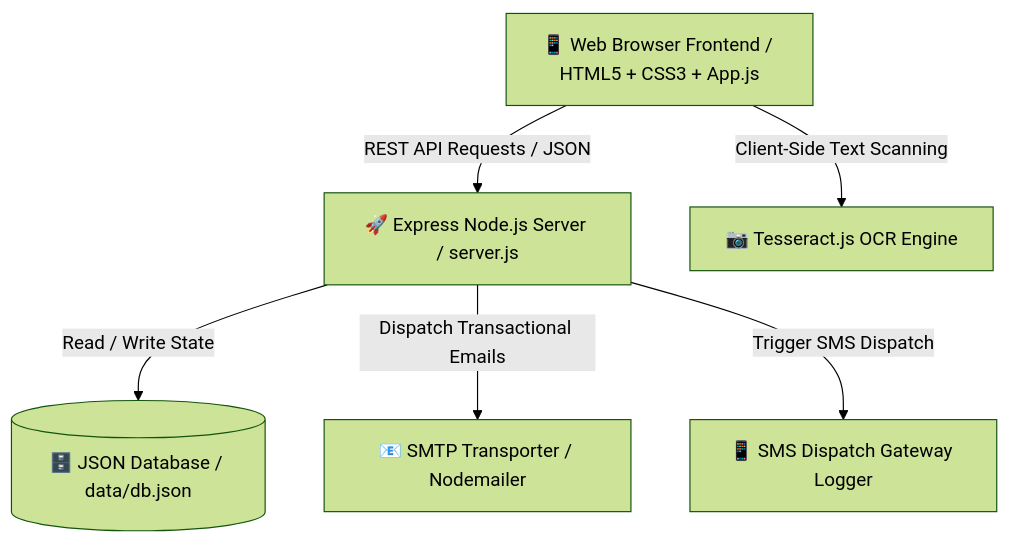
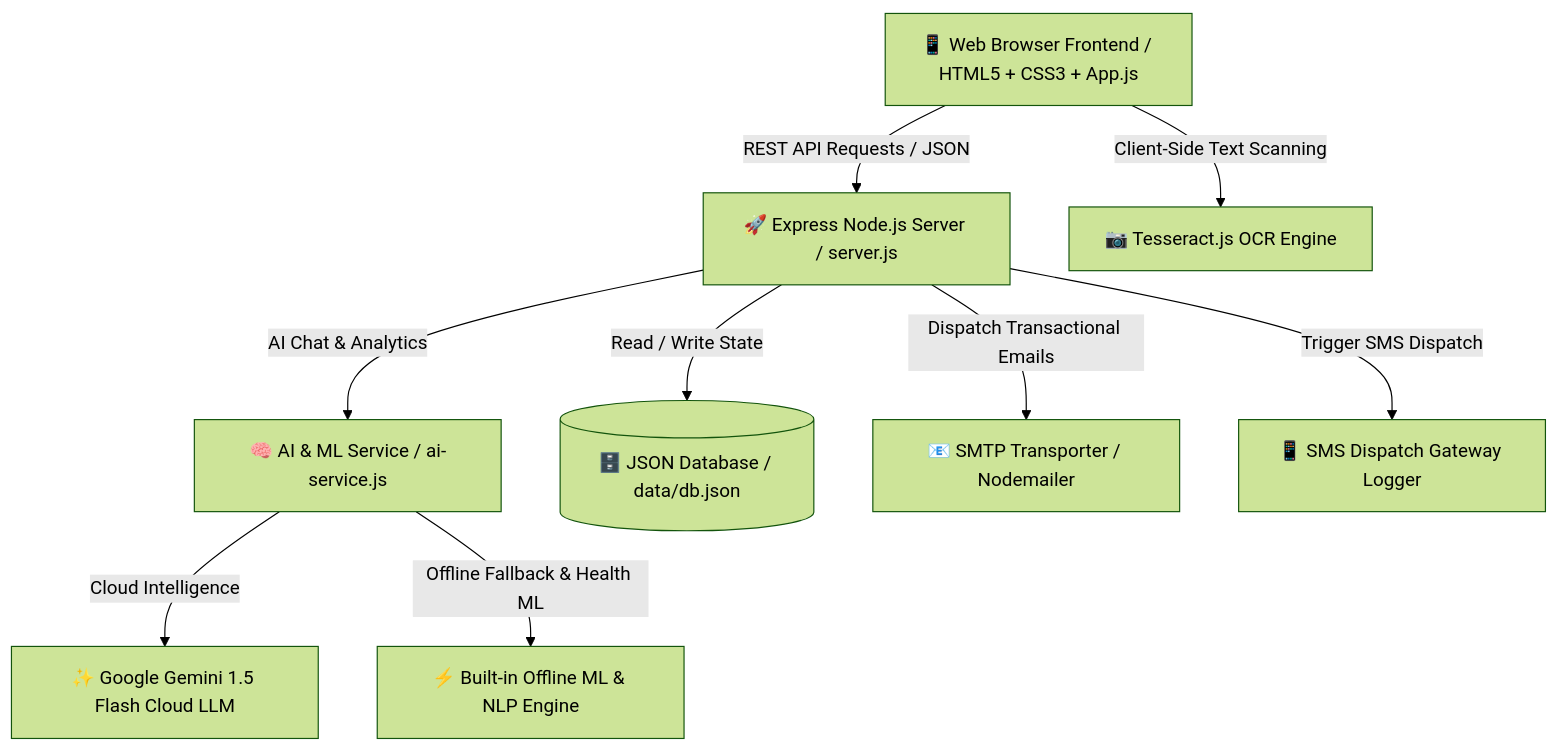
The first of 4 diagrams in README.md (tusharmahapatra1234-ship-it/-IT-Asset-Management), drawn with Mermaid (forest theme) before and after one commit. The commit also changed other lines of this file and 7 other files, not shown here.

````diff
--- a/README.md
+++ b/README.md
@@ -33,15 +39,21 @@
 ```mermaid
 graph TD
     Client[📱 Web Browser Frontend / HTML5 + CSS3 + App.js]
     ExpressServer[🚀 Express Node.js Server / server.js]
+    AIService[🧠 AI & ML Service / ai-service.js]
+    GeminiAPI[✨ Google Gemini 1.5 Flash Cloud LLM]
+    LocalML[⚡ Built-in Offline ML & NLP Engine]
     JSONDB[(🗄️ JSON Database / data/db.json)]
     SMTP[📧 SMTP Transporter / Nodemailer]
     OCR[📷 Tesseract.js OCR Engine]
     SMS[📱 SMS Dispatch Gateway Logger]
 
     Client -->|REST API Requests / JSON| ExpressServer
     ExpressServer -->|Read / Write State| JSONDB
     Client -->|Client-Side Text Scanning| OCR
+    ExpressServer -->|AI Chat & Analytics| AIService
+    AIService -->|Cloud Intelligence| GeminiAPI
+    AIService -->|Offline Fallback & Health ML| LocalML
     ExpressServer -->|Dispatch Transactional Emails| SMTP
     ExpressServer -->|Trigger SMS Dispatch| SMS
 ```
````
